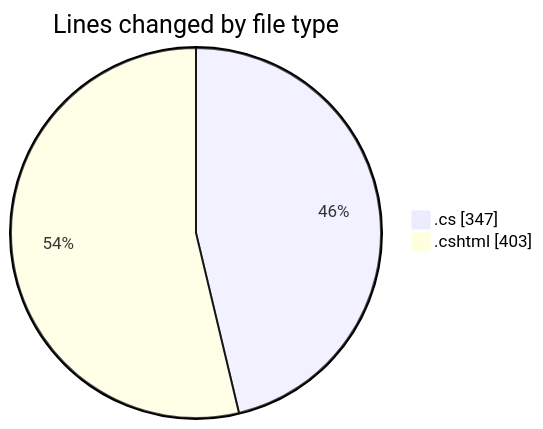
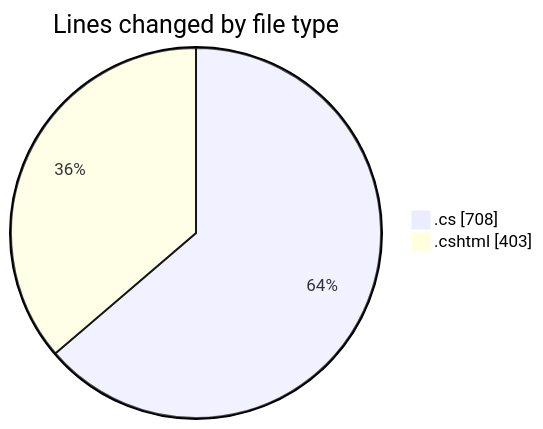
Before and after one commit to lephambinh05/code-tracking: the first of 2 diagrams in 2025-07-15/footballstatsapp/README.md, drawn with Mermaid. The commit also changed other lines of this file and 1 other file, not shown here.

````diff
--- a/2025-07-15/footballstatsapp/README.md
+++ b/2025-07-15/footballstatsapp/README.md
@@ -39,6 +44,6 @@
 ```mermaid
 pie showData
 title Lines changed by file type
-".cs" : 347
+".cs" : 708
 ".cshtml" : 403
 ```
````
